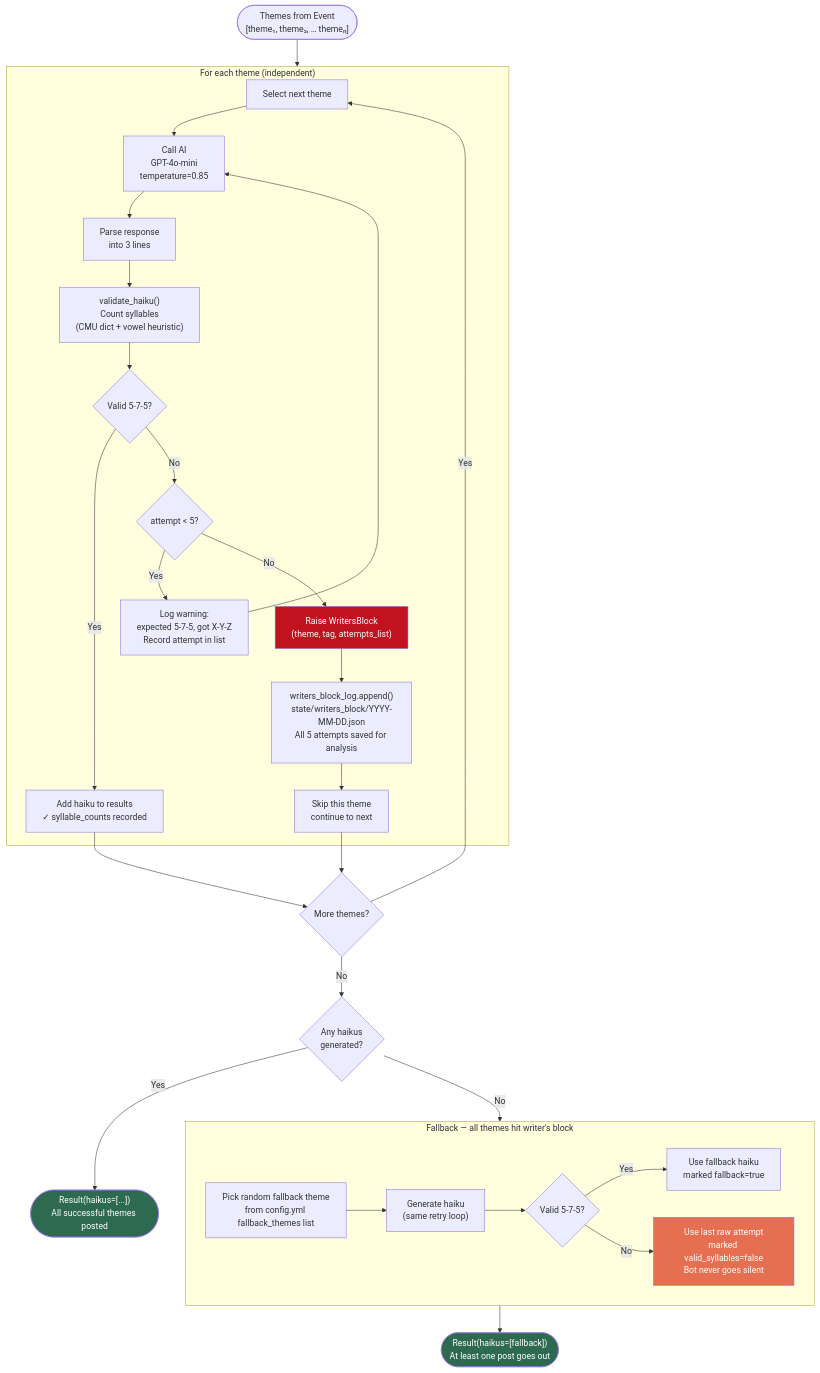
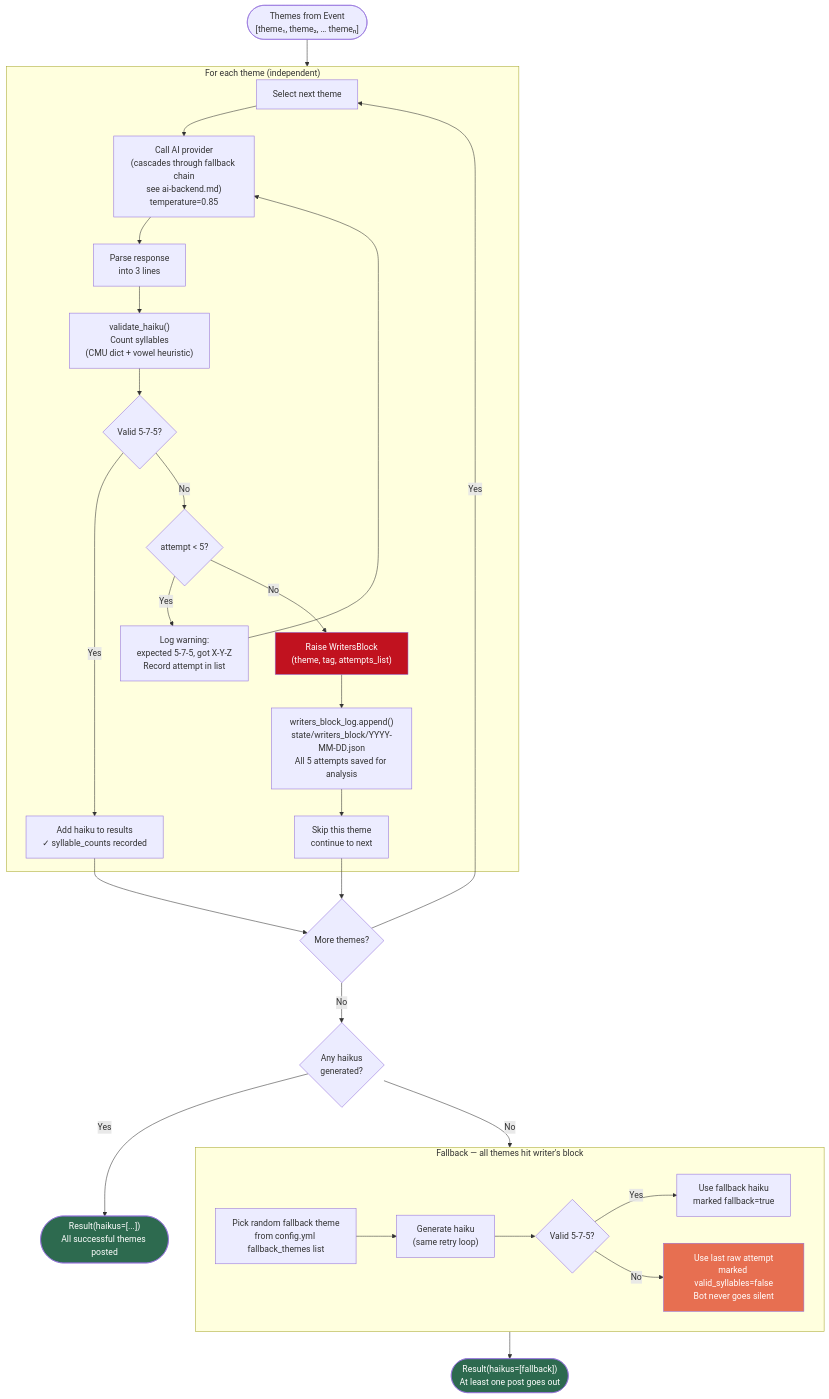
One commit to SoylentAquamarine/ClamBakeSanta changed the diagram in diagrams/writers-block.md. Above: the diagram before and after it, drawn with Mermaid. The commit also changed other lines of this file and 4 other files, not shown here.

First line of the commit message:
docs: add AI backend reference — provider chain, testing rules, gotchas

````diff
--- a/diagrams/writers-block.md
+++ b/diagrams/writers-block.md
@@ -5,51 +9,51 @@
 ```mermaid
 flowchart TD
     THEMES(["Themes from Event\n[theme₁, theme₂, … themeₙ]"])
     THEMES --> LOOP
 
     subgraph LOOP["For each theme (independent)"]
         PICK["Select next theme"] --> GEN
 
-        GEN["Call AI\nGPT-4o-mini\ntemperature=0.85"] --> PARSE
+        GEN["Call AI provider\n(cascades through fallback chain\nsee ai-backend.md)\ntemperature=0.85"] --> PARSE
 
         PARSE["Parse response\ninto 3 lines"] --> VALIDATE
 
         VALIDATE["validate_haiku()\nCount syllables\n(CMU dict + vowel heuristic)"] --> CHECK
 
         CHECK{Valid 5-7-5?}
         CHECK -- Yes --> KEEP["Add haiku to results\n✓ syllable_counts recorded"]
 
         CHECK -- No --> RETRY{attempt < 5?}
         RETRY -- Yes --> LOG_WARN["Log warning:\nexpected 5-7-5, got X-Y-Z\nRecord attempt in list"]
         LOG_WARN --> GEN
 
         RETRY -- No --> WB["Raise WritersBlock\n(theme, tag, attempts_list)"]
         WB --> LOG_WB["writers_block_log.append()\nstate/writers_block/YYYY-MM-DD.json\nAll 5 attempts saved for analysis"]
         LOG_WB --> SKIP["Skip this theme\ncontinue to next"]
     end
 
     KEEP --> NEXT{More themes?}
     SKIP --> NEXT
     NEXT -- Yes --> PICK
     NEXT -- No --> CHECK_EMPTY
 
     CHECK_EMPTY{Any haikus\ngenerated?}
     CHECK_EMPTY -- Yes --> RESULT(["Result(haikus=[...])\nAll successful themes posted"])
 
     CHECK_EMPTY -- No --> FALLBACK
 
     subgraph FALLBACK["Fallback — all themes hit writer's block"]
         FB_PICK["Pick random fallback theme\nfrom config.yml fallback_themes list"]
         FB_PICK --> FB_GEN["Generate haiku\n(same retry loop)"]
         FB_GEN --> FB_CHECK{Valid 5-7-5?}
         FB_CHECK -- Yes --> FB_OK["Use fallback haiku\nmarked fallback=true"]
         FB_CHECK -- No --> FB_LAST["Use last raw attempt\nmarked valid_syllables=false\nBot never goes silent"]
     end
 
     FALLBACK --> RESULT_FB(["Result(haikus=[fallback])\nAt least one post goes out"])
 
     style RESULT fill:#2d6a4f,color:#fff
     style RESULT_FB fill:#2d6a4f,color:#fff
     style WB fill:#c1121f,color:#fff
     style FB_LAST fill:#e76f51,color:#fff
 ```
````
